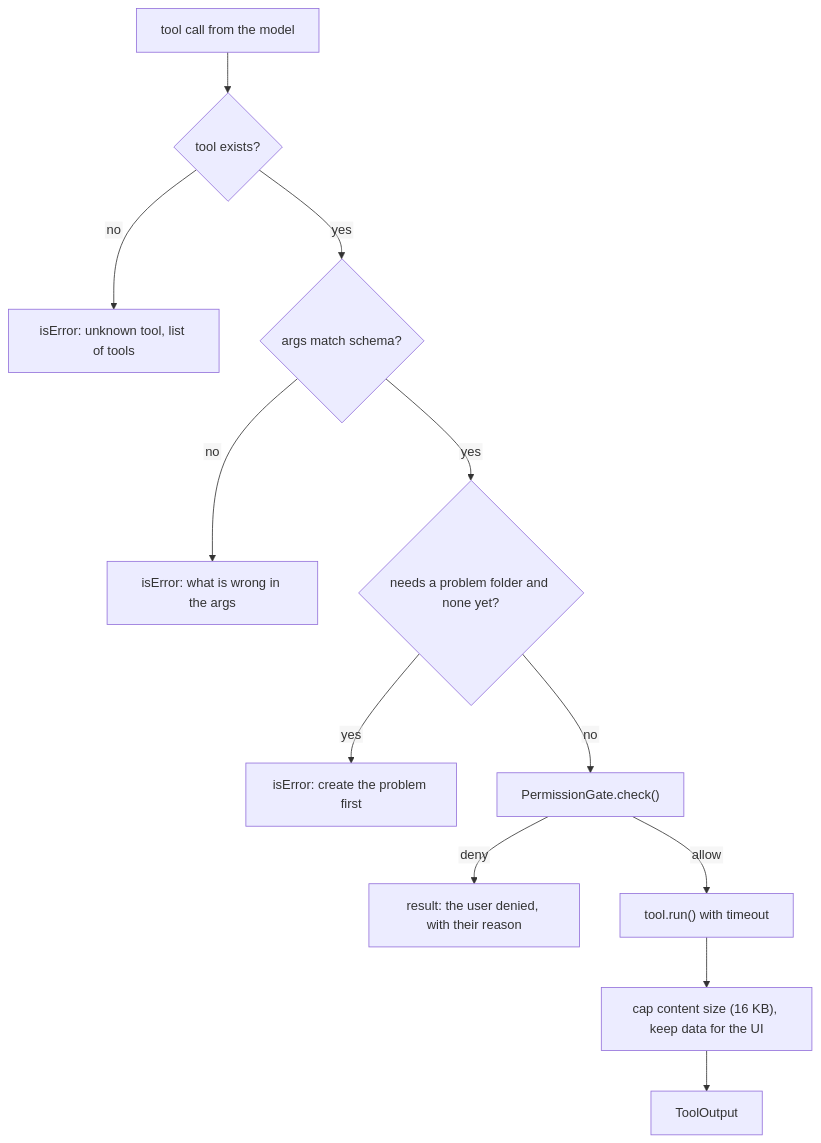
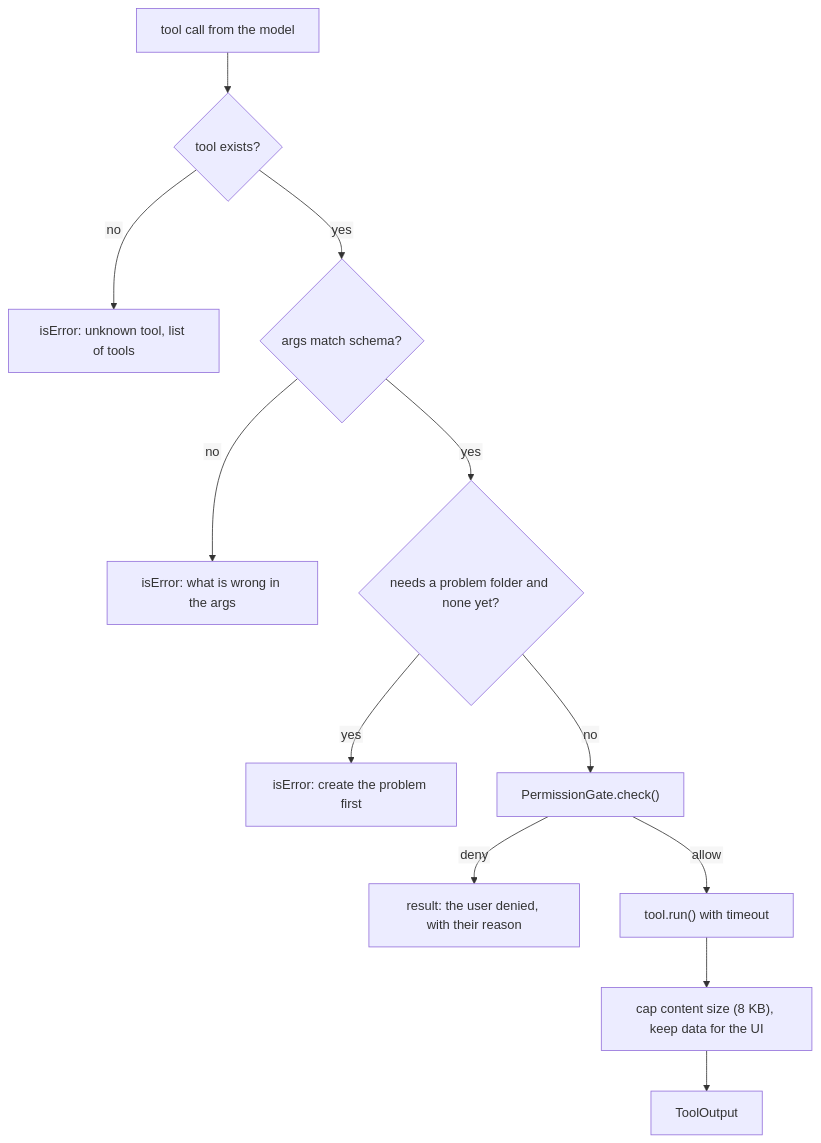
One commit to Ahmad-Faraj/polyman changed the second of 5 diagrams in design/agent/04-harness.md. Above: the diagram before and after it, drawn with Mermaid. The commit also changed other lines of this file and 29 other files, not shown here.

````diff
--- a/design/agent/04-harness.md
+++ b/design/agent/04-harness.md
@@ -124,15 +126,15 @@
 ```mermaid
 %%{init: {"flowchart": {"htmlLabels": false}} }%%
 flowchart TD
   call["tool call from the model"] --> known{"tool exists?"}
   known -->|"no"| e1["isError: unknown tool, list of tools"]
   known -->|"yes"| valid{"args match schema?"}
   valid -->|"no"| e2["isError: what is wrong in the args"]
   valid -->|"yes"| prob{"needs a problem folder and none yet?"}
   prob -->|"yes"| e3["isError: create the problem first"]
   prob -->|"no"| gate["PermissionGate.check()"]
   gate -->|"deny"| e4["result: the user denied, with their reason"]
   gate -->|"allow"| run["tool.run() with timeout"]
-  run --> cap["cap content size (16 KB), keep data for the UI"]
+  run --> cap["cap content size (8 KB), keep data for the UI"]
   cap --> out["ToolOutput"]
 ```
````
